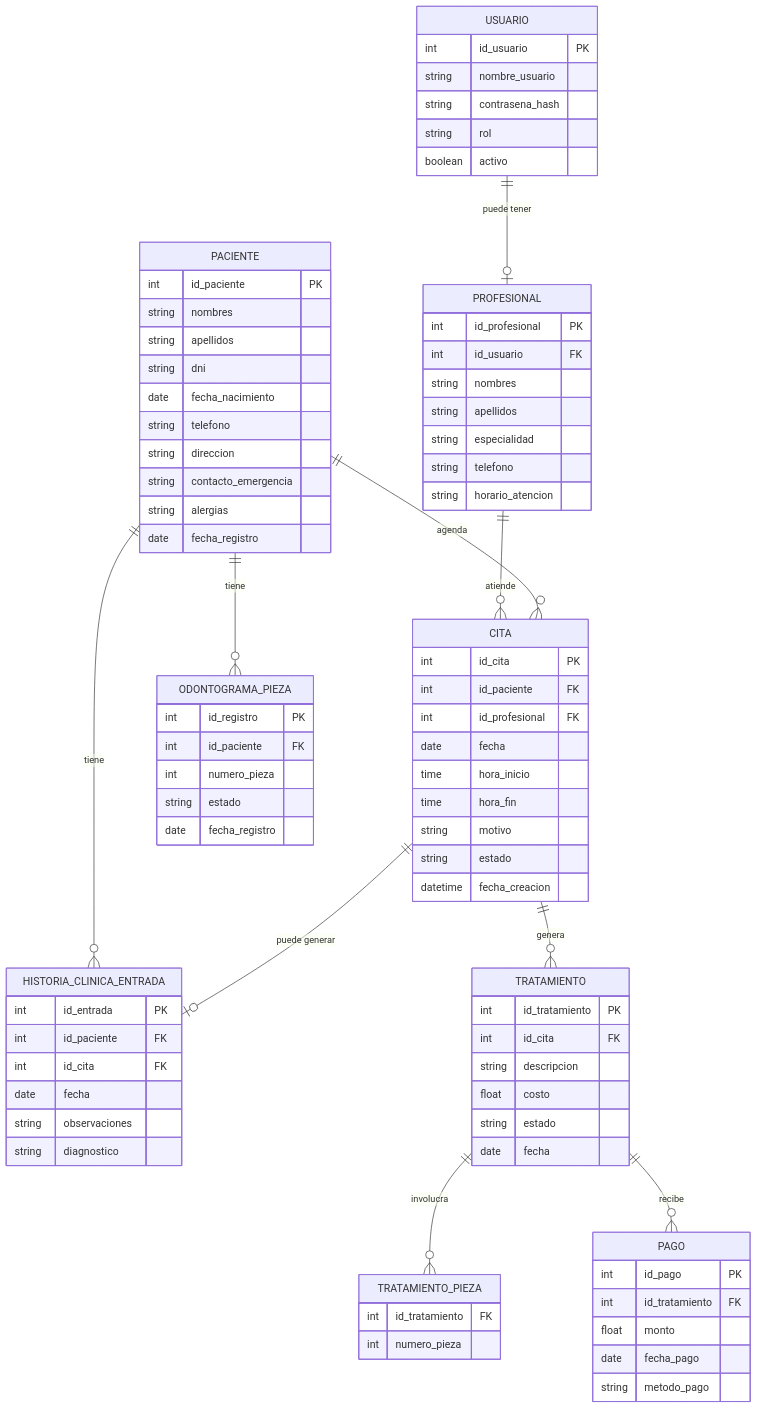
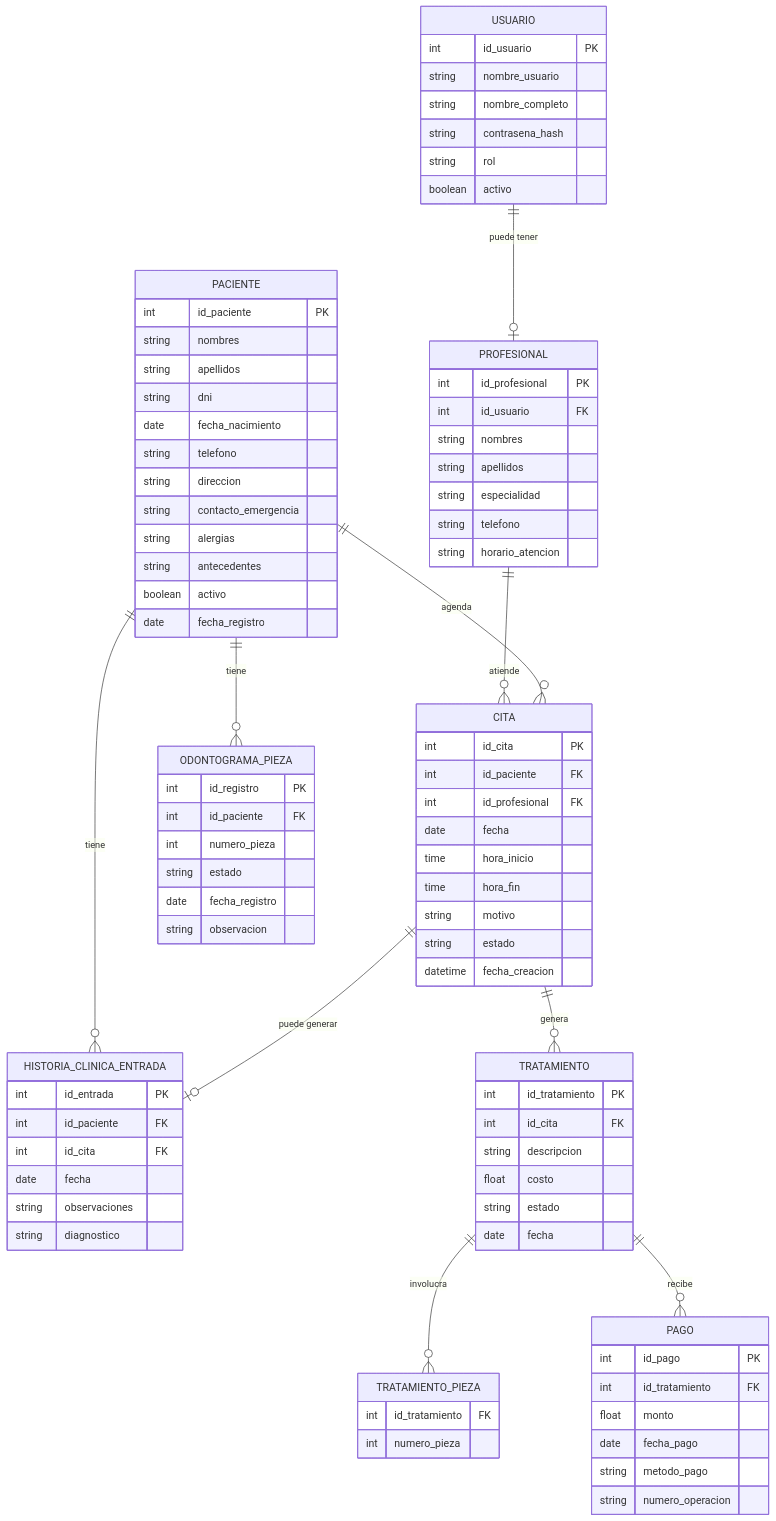
Before and after one commit to LuiDaniel/vyra-dentalSoftware: the diagram in docs/03-modelo-base-datos.md, drawn with Mermaid. The commit also changed other lines of this file and 18 other files, not shown here.

````diff
--- a/docs/03-modelo-base-datos.md
+++ b/docs/03-modelo-base-datos.md
@@ -23,6 +25,7 @@
     USUARIO {
         int id_usuario PK
         string nombre_usuario
+        string nombre_completo
         string contrasena_hash
         string rol
         boolean activo
@@ -46,6 +49,8 @@
         string direccion
         string contacto_emergencia
         string alergias
+        string antecedentes
+        boolean activo
         date fecha_registro
     }
     CITA {
@@ -73,6 +78,7 @@
         int numero_pieza
         string estado
         date fecha_registro
+        string observacion
     }
     TRATAMIENTO {
         int id_tratamiento PK
@@ -92,5 +98,6 @@
         float monto
         date fecha_pago
         string metodo_pago
+        string numero_operacion
     }
 ```
````
